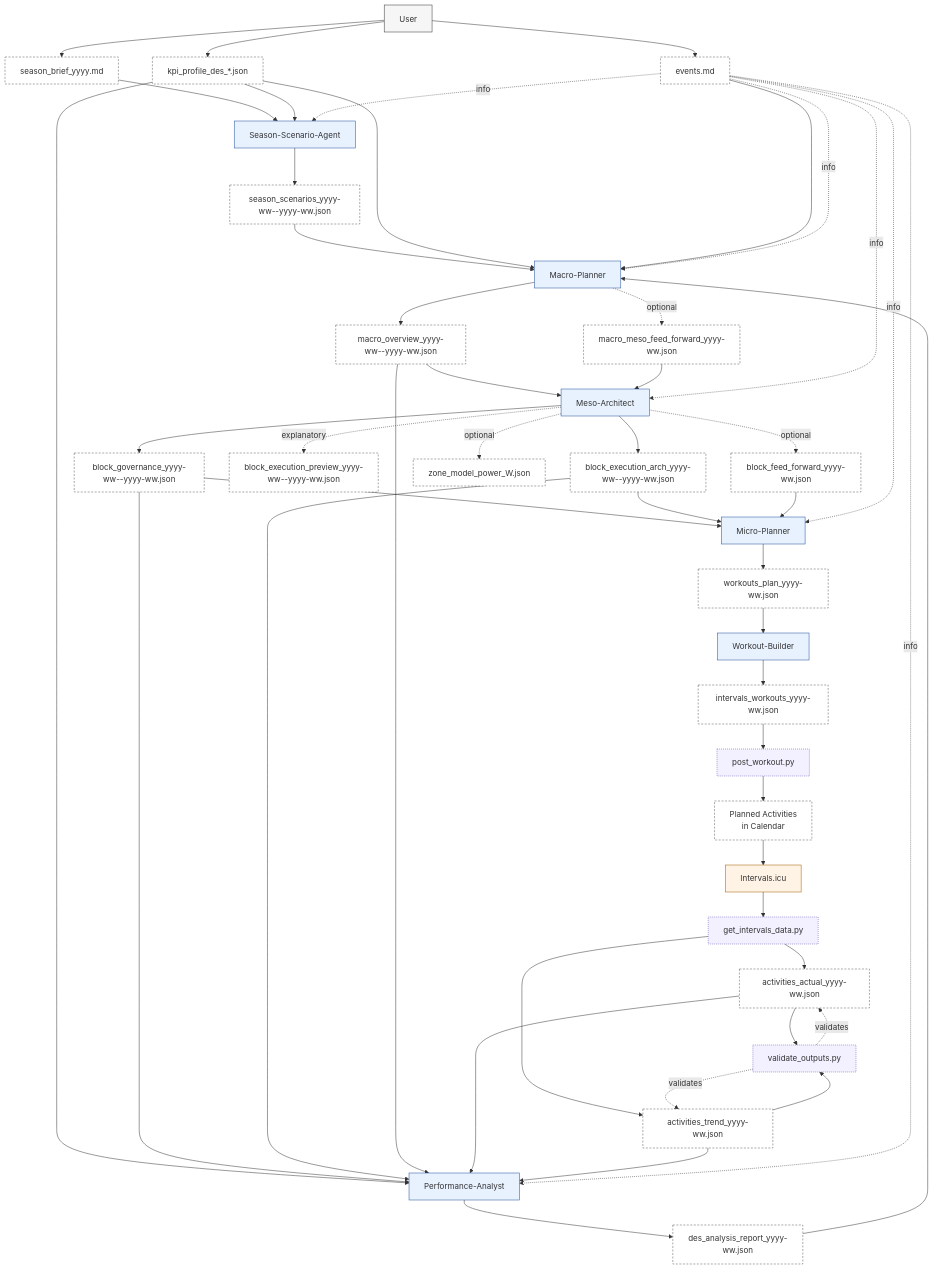
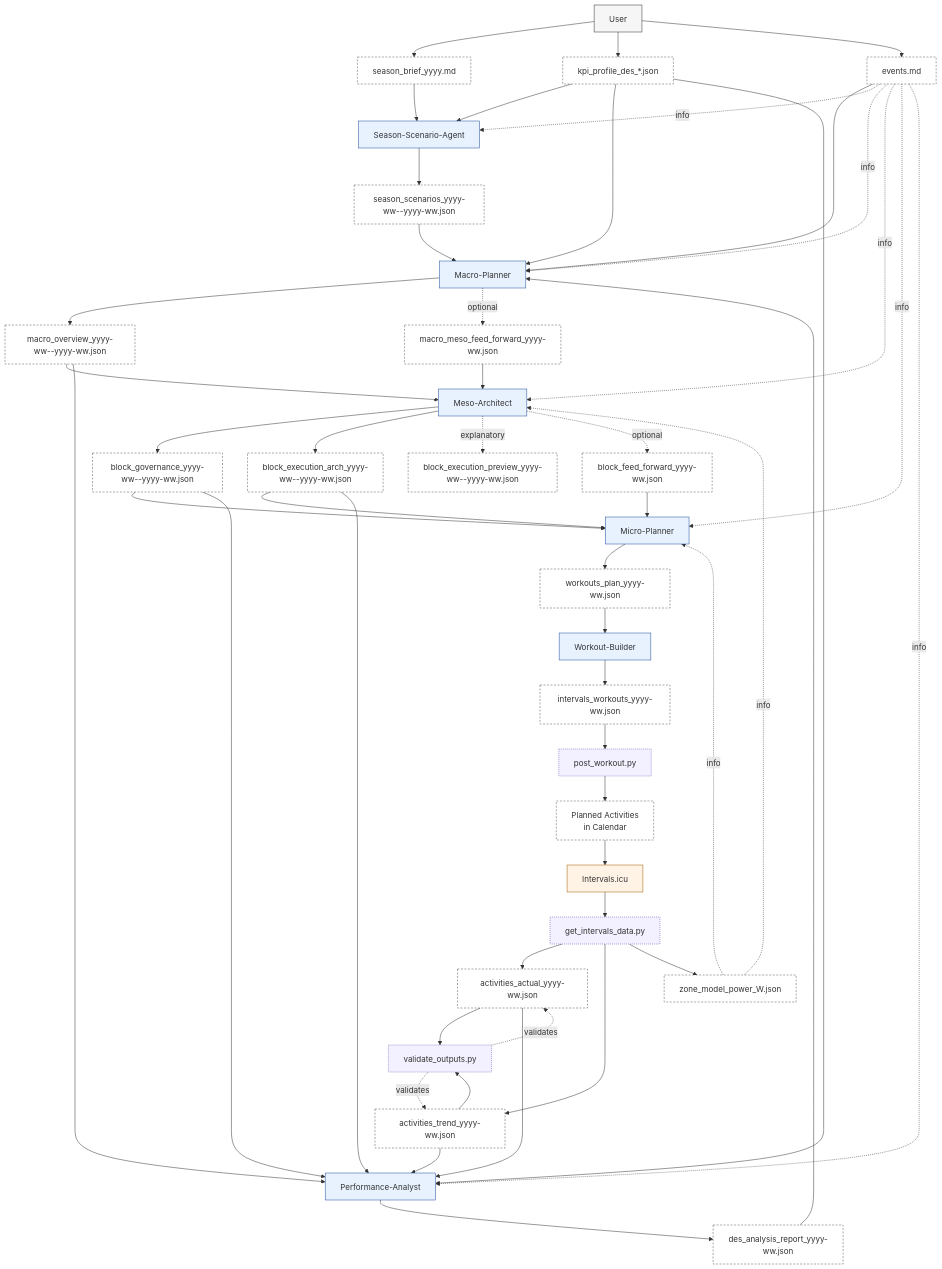
Before and after one commit to albauer-priv/RPS: the first of 8 diagrams in doc/artefact_flow_overview_and_detail.md, drawn with Mermaid. The commit also changed other lines of this file and 26 other files, not shown here.

```diff
--- a/doc/artefact_flow_overview_and_detail.md
+++ b/doc/artefact_flow_overview_and_detail.md
@@ -59,7 +59,8 @@
   ME --> BEA --> MI
   ME -. explanatory .-> BEP
   ME -. optional .-> BFF --> MI
-  ME -. optional .-> ZM
+  ZM -. info .-> ME
+  ZM -. info .-> MI
 
   MI --> WP --> WB
   WB --> WJ --> POST
@@ -69,6 +70,7 @@
   I --> EXP
   EXP --> AA
   EXP --> AT
+  EXP --> ZM
   AA --> VAL
   AT --> VAL
   VAL -. validates .-> AA
```
